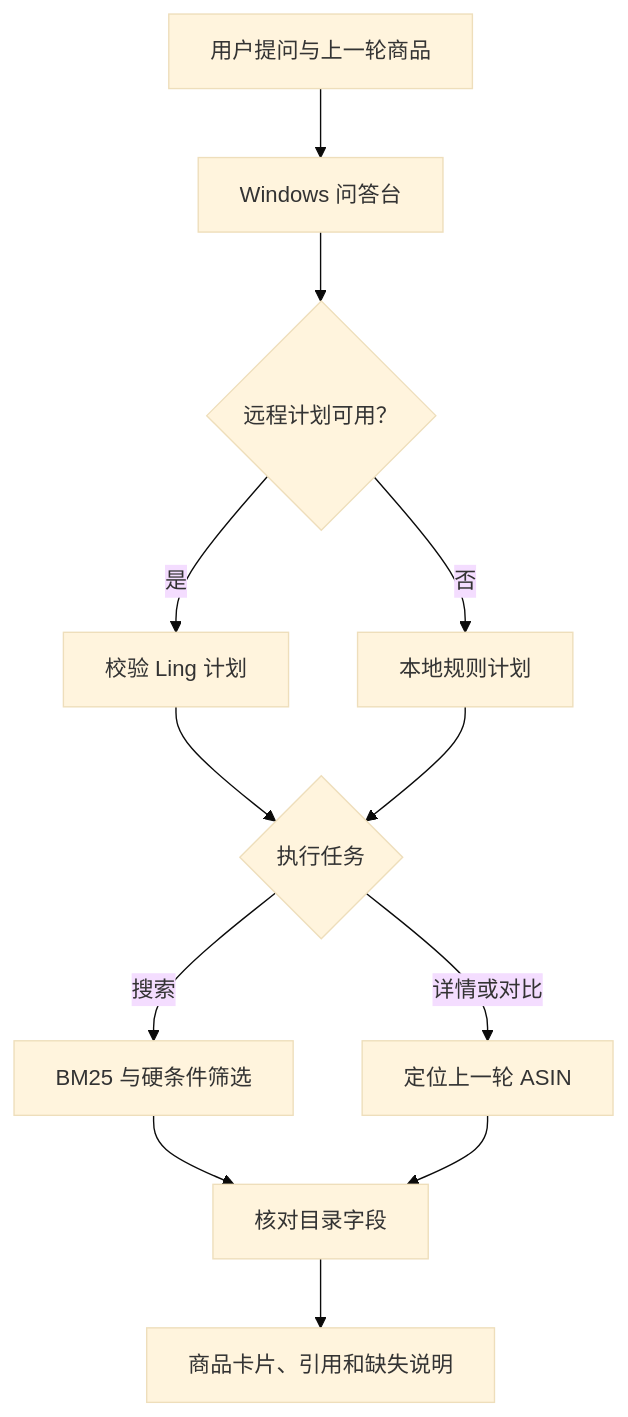
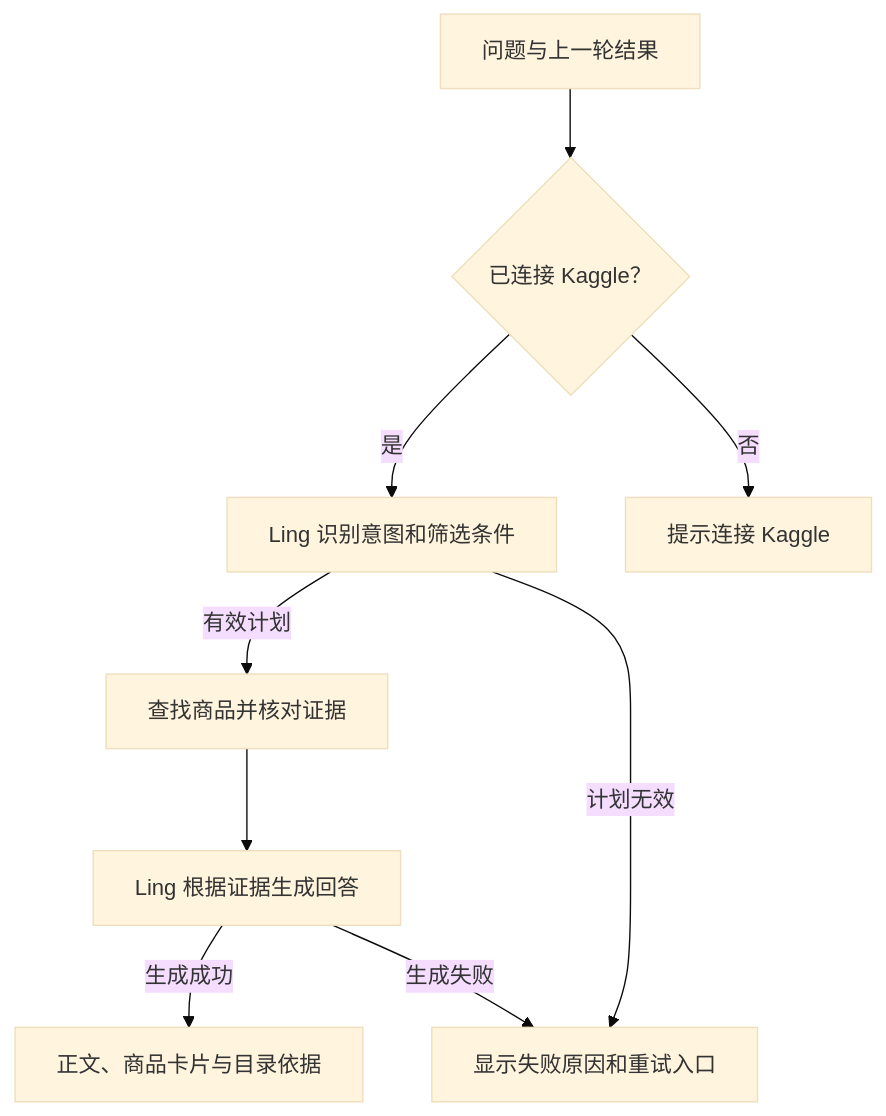
One commit to AaronYue77/webshop-ling-rag changed the first of 2 diagrams in docs/ARCHITECTURE.md. Above: the diagram before and after it, drawn with Mermaid (base theme). The commit also changed other lines of this file and 12 other files, not shown here.

First line of the commit message:
Use Kaggle Ling LoRA for question planning and answers (#1)

````diff
--- a/docs/ARCHITECTURE.md
+++ b/docs/ARCHITECTURE.md
@@ -7,14 +7,11 @@
 ```mermaid
 flowchart TD
-  U["用户提问与上一轮商品"] --> W["Windows 问答台"]
-  W --> P{"远程计划可用？"}
-  P -->|是| L["校验 Ling 计划"]
-  P -->|否| B["本地规则计划"]
-  L --> R{"执行任务"}
-  B --> R
-  R -->|搜索| S["BM25 与硬条件筛选"]
-  R -->|详情或对比| D["定位上一轮 ASIN"]
-  S --> V["核对目录字段"]
-  D --> V
-  V --> A["商品卡片、引用和缺失说明"]
+  Q["问题与上一轮结果"] --> C{"已连接 Kaggle？"}
+  C -->|是| L["Ling 识别意图和筛选条件"]
+  C -->|否| P["提示连接 Kaggle"]
+  L -->|有效计划| R["查找商品并核对证据"]
+  R --> G["Ling 根据证据生成回答"]
+  G -->|生成成功| A["正文、商品卡片与目录依据"]
+  L -->|计划无效| F["显示失败原因和重试入口"]
+  G -->|生成失败| F
 ```
````
